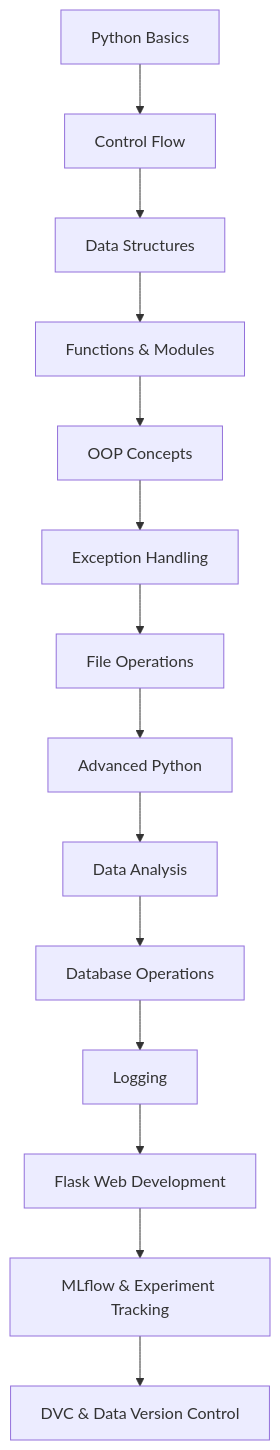
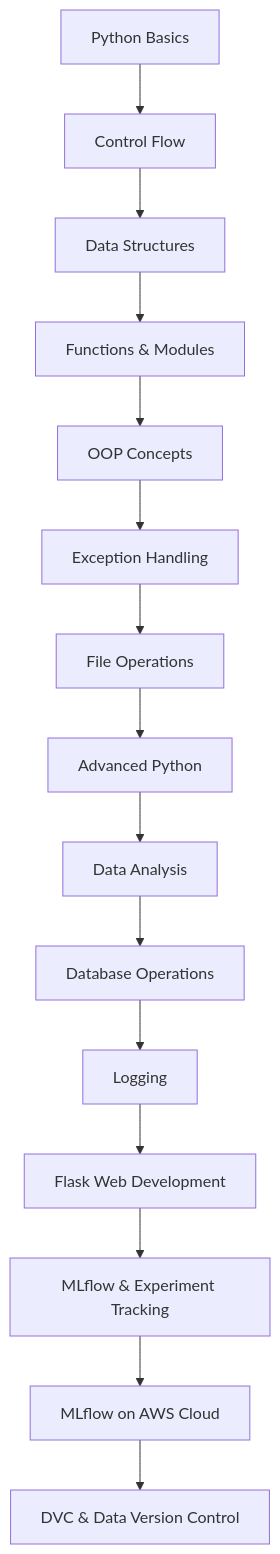
One commit to jagadeshchilla/MLOPS changed the first of 2 diagrams in README.md. Above: the diagram before and after it, drawn with Mermaid. The commit also changed other lines of this file and 3 other files, not shown here.

````diff
--- a/README.md
+++ b/README.md
@@ -54,16 +59,17 @@
 ```mermaid
 graph TD
     A[Python Basics] --> B[Control Flow]
     B --> C[Data Structures]
     C --> D[Functions & Modules]
     D --> E[OOP Concepts]
     E --> F[Exception Handling]
     F --> G[File Operations]
     G --> H[Advanced Python]
     H --> I[Data Analysis]
     I --> J[Database Operations]
     J --> K[Logging]
     K --> L[Flask Web Development]
     L --> M[MLflow & Experiment Tracking]
-    M --> N[DVC & Data Version Control]
+    M --> N[MLflow on AWS Cloud]
+    N --> O[DVC & Data Version Control]
 ```
````
